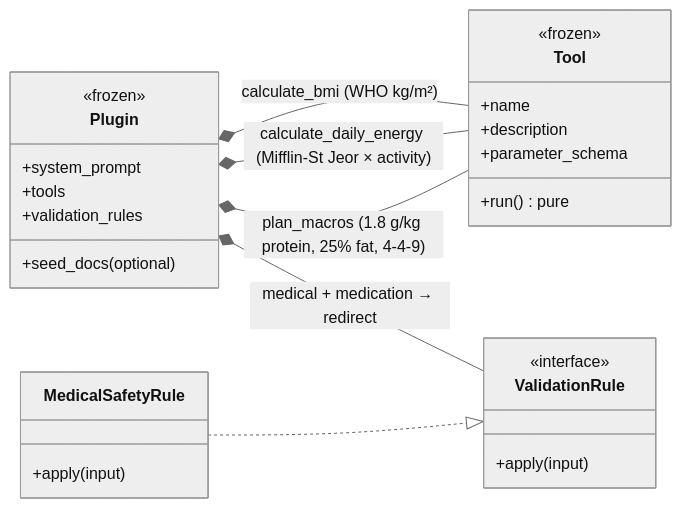
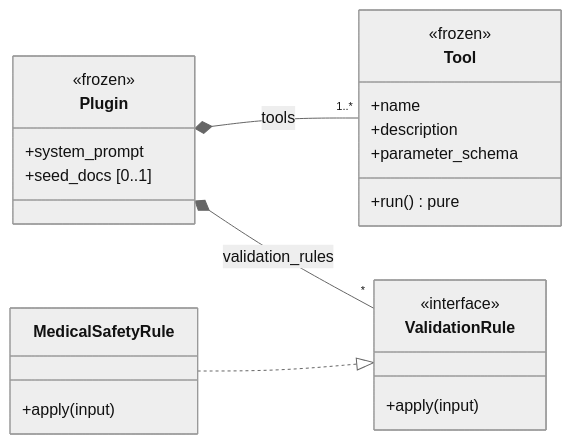
One commit to aschog/cora changed the first of 2 diagrams in docs/plans/fitness-coach-plugin.md. Above: the diagram before and after it, drawn with Mermaid (neutral theme). The commit also changed other lines of this file, not shown here.

Commit message:
docs: split fitness plugin diagram into class + object diagrams

````diff
--- a/docs/plans/fitness-coach-plugin.md
+++ b/docs/plans/fitness-coach-plugin.md
@@ -23,30 +25,26 @@
 ```mermaid
 classDiagram
   direction LR
   class Plugin {
     <<frozen>>
     +system_prompt
-    +tools
-    +validation_rules
-    +seed_docs (optional)
+    +seed_docs [0..1]
   }
   class Tool {
     <<frozen>>
     +name
     +description
     +parameter_schema
     +run() pure
   }
   class ValidationRule {
     <<interface>>
     +apply(input)
   }
   class MedicalSafetyRule {
     +apply(input)
   }
-  Plugin *-- Tool : calculate_bmi (WHO kg/m²)
-  Plugin *-- Tool : calculate_daily_energy (Mifflin-St Jeor × activity)
-  Plugin *-- Tool : plan_macros (1.8 g/kg protein, 25% fat, 4-4-9)
-  Plugin *-- ValidationRule : medical + medication → redirect
+  Plugin *-- "1..*" Tool : tools
+  Plugin *-- "*" ValidationRule : validation_rules
   MedicalSafetyRule ..|> ValidationRule
 ```
````
